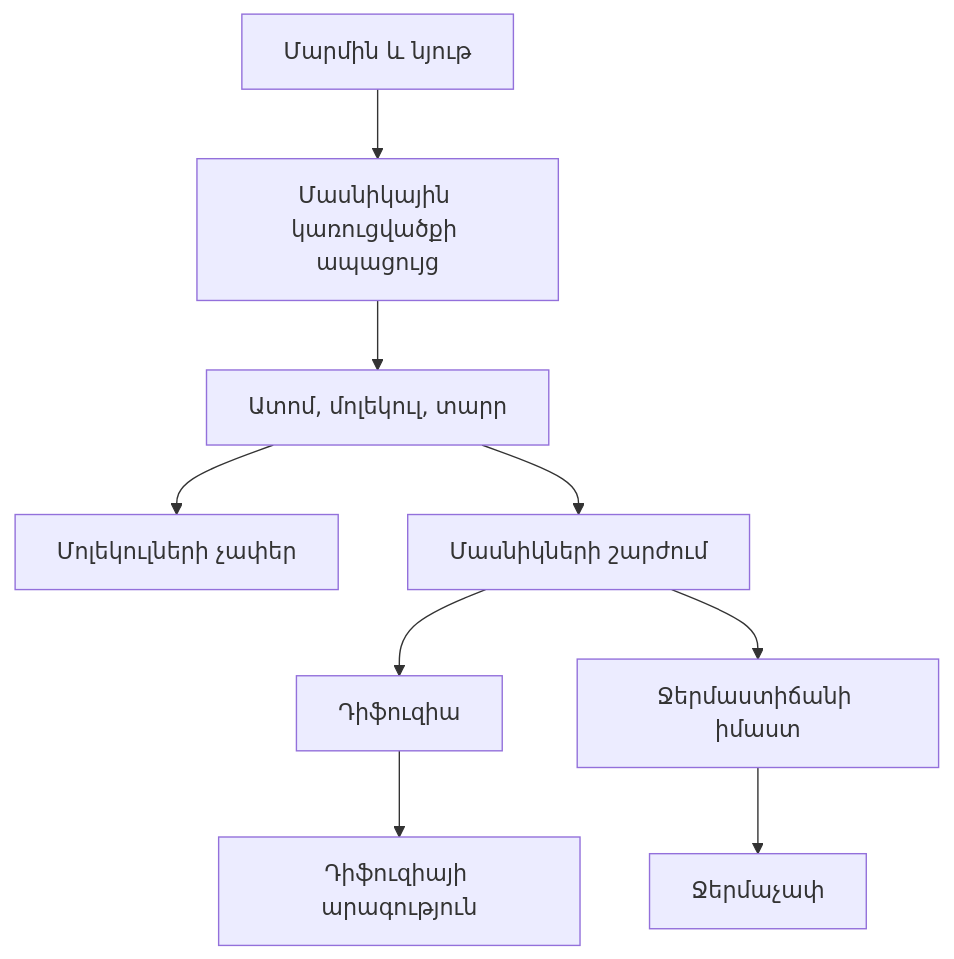
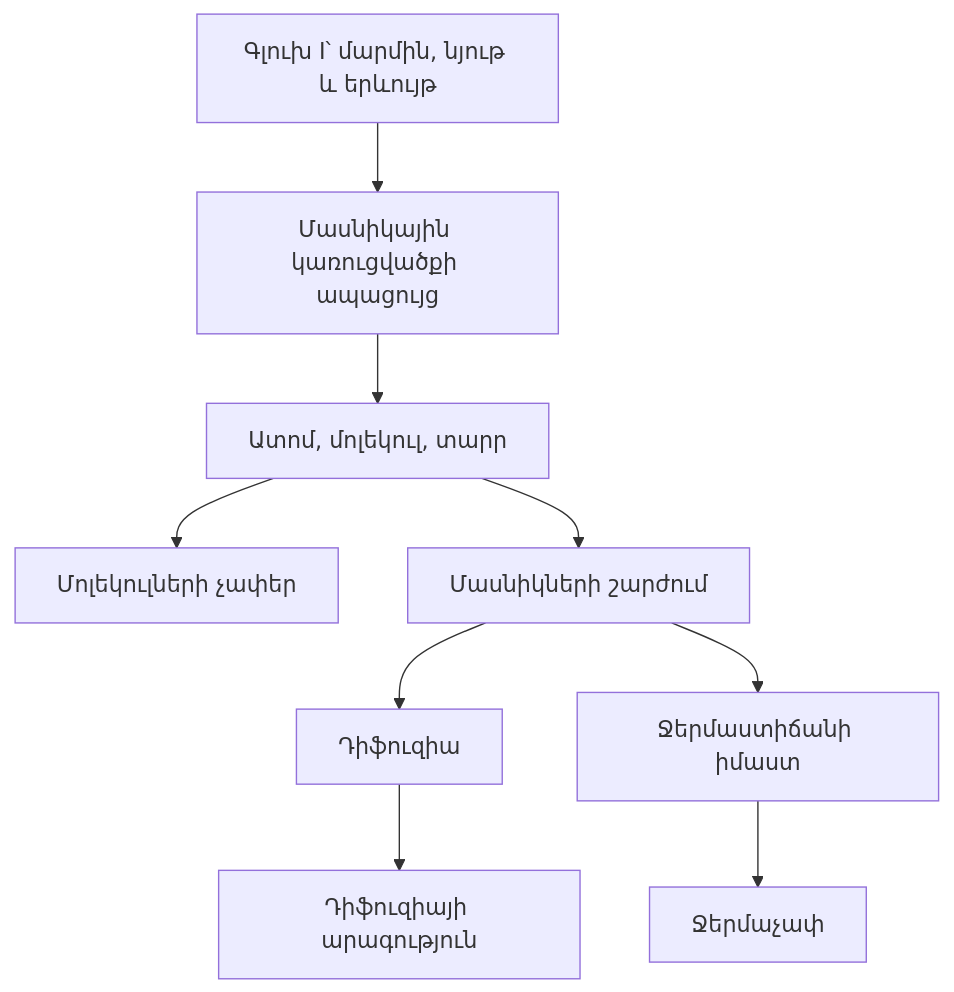
One commit to johnvanesyan-arch/HaiEdu changed the diagram in docs/sprint-15b1-physics7-chapter-ii-foundation.md. Above: the diagram before and after it, drawn with Mermaid. The commit also changed other lines of this file and 4 other files, not shown here.

````diff
--- a/docs/sprint-15b1-physics7-chapter-ii-foundation.md
+++ b/docs/sprint-15b1-physics7-chapter-ii-foundation.md
@@ -68,11 +70,11 @@
 ```mermaid
 flowchart TD
-  S01["Մարմին և նյութ"] --> S02["Մասնիկային կառուցվածքի ապացույց"]
+  U01S02["Գլուխ I՝ մարմին, նյութ և երևույթ"] --> S02["Մասնիկային կառուցվածքի ապացույց"]
   S02 --> S03["Ատոմ, մոլեկուլ, տարր"]
   S03 --> S04["Մոլեկուլների չափեր"]
   S03 --> S05["Մասնիկների շարժում"]
   S05 --> S06["Դիֆուզիա"]
   S06 --> S07["Դիֆուզիայի արագություն"]
   S05 --> S08["Ջերմաստիճանի իմաստ"]
   S08 --> S09["Ջերմաչափ"]
 ```
````
